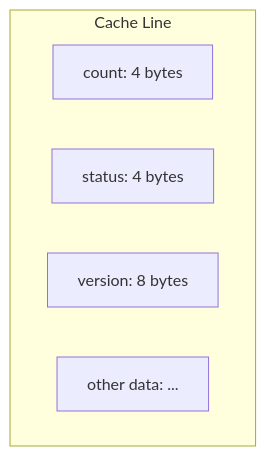
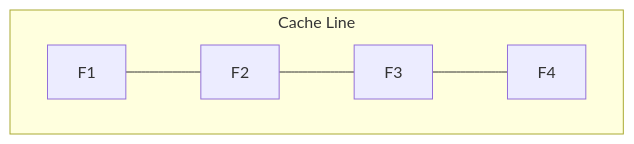
The diagram in images/Java-concurrency/IMG-20260707-000030.mmd (rebibabo/rebibabo.github.io), drawn with Mermaid before and after one commit. The commit also changed 59 other files, not shown here.

```diff
--- a/images/Java-concurrency/IMG-20260707-000030.mmd
+++ b/images/Java-concurrency/IMG-20260707-000030.mmd
@@ -1,8 +1,5 @@
 graph LR
     subgraph CacheLine["Cache Line"]
         direction LR
-        F1["count: 4 bytes"]
-        F2["status: 4 bytes"]
-        F3["version: 8 bytes"]
-        F4["other data: ..."]
+    F1 --- F2 --- F3 --- F4
     end
```
